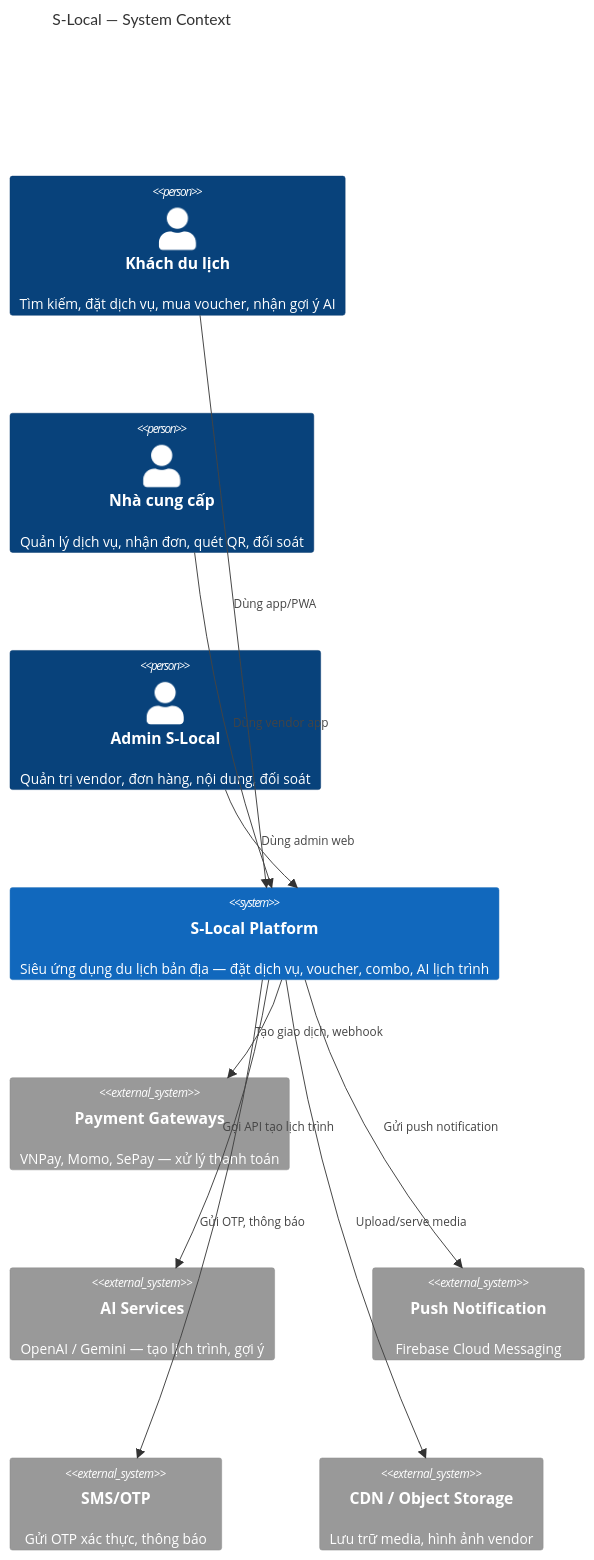
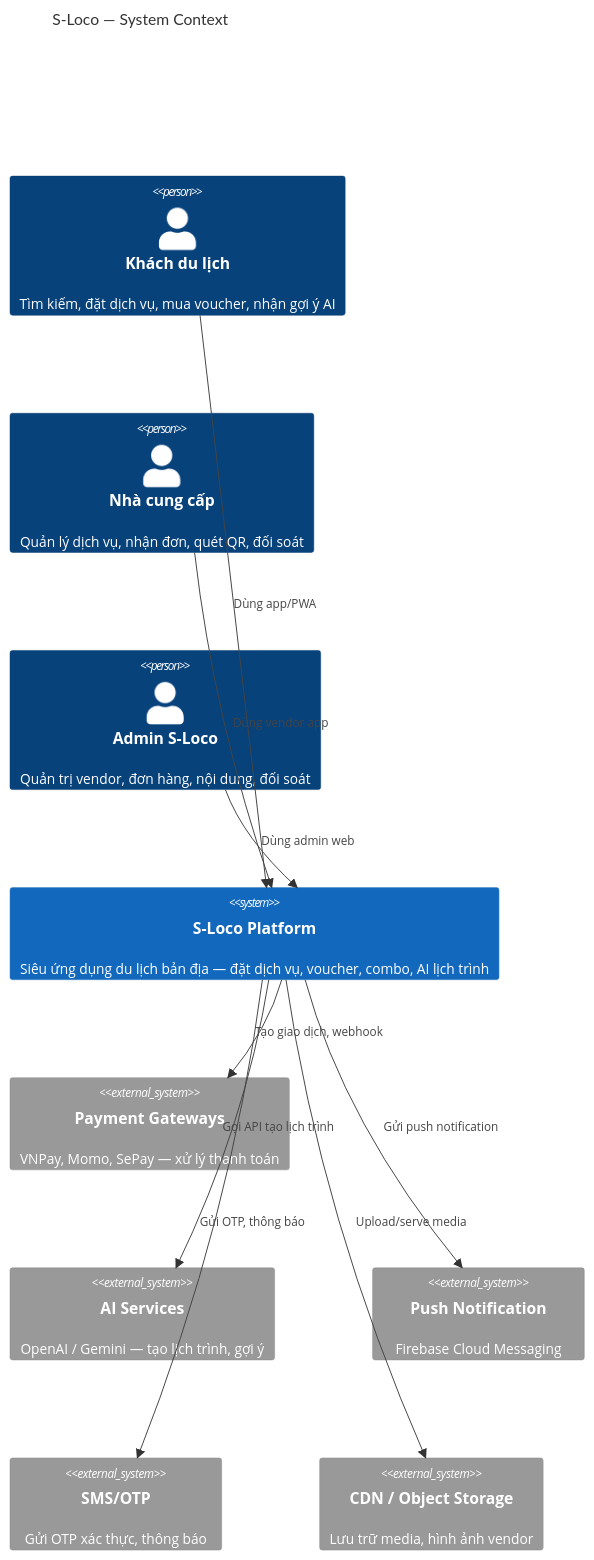
One commit to tungpsit/s-loco changed the first of 5 diagrams in docs/architecture/system-architecture.md. Above: the diagram before and after it, drawn with Mermaid. The commit also changed other lines of this file and 304 other files, not shown here.

Commit message:
feat: complete app scaffolding — admin dashboard, mobile & vendor screens, DB/e2e setup

````diff
--- a/docs/architecture/system-architecture.md
+++ b/docs/architecture/system-architecture.md
@@ -11,25 +11,25 @@
 ```mermaid
 C4Context
-    title S-Local — System Context
+    title S-Loco — System Context
 
     Person(tourist, "Khách du lịch", "Tìm kiếm, đặt dịch vụ, mua voucher, nhận gợi ý AI")
     Person(vendor, "Nhà cung cấp", "Quản lý dịch vụ, nhận đơn, quét QR, đối soát")
-    Person(admin, "Admin S-Local", "Quản trị vendor, đơn hàng, nội dung, đối soát")
+    Person(admin, "Admin S-Loco", "Quản trị vendor, đơn hàng, nội dung, đối soát")
 
-    System(slocal, "S-Local Platform", "Siêu ứng dụng du lịch bản địa — đặt dịch vụ, voucher, combo, AI lịch trình")
+    System(slocal, "S-Loco Platform", "Siêu ứng dụng du lịch bản địa — đặt dịch vụ, voucher, combo, AI lịch trình")
 
     System_Ext(payment, "Payment Gateways", "VNPay, Momo, SePay — xử lý thanh toán")
     System_Ext(ai, "AI Services", "OpenAI / Gemini — tạo lịch trình, gợi ý")
     System_Ext(push, "Push Notification", "Firebase Cloud Messaging")
     System_Ext(sms, "SMS/OTP", "Gửi OTP xác thực, thông báo")
     System_Ext(cdn, "CDN / Object Storage", "Lưu trữ media, hình ảnh vendor")
 
     Rel(tourist, slocal, "Dùng app/PWA")
     Rel(vendor, slocal, "Dùng vendor app")
     Rel(admin, slocal, "Dùng admin web")
     Rel(slocal, payment, "Tạo giao dịch, webhook")
     Rel(slocal, ai, "Gọi API tạo lịch trình")
     Rel(slocal, push, "Gửi push notification")
     Rel(slocal, sms, "Gửi OTP, thông báo")
     Rel(slocal, cdn, "Upload/serve media")
 ```
````
